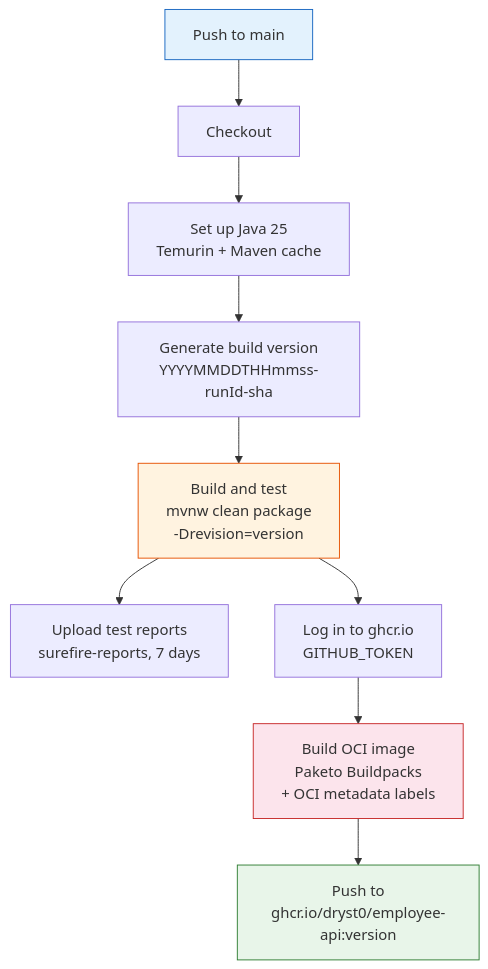
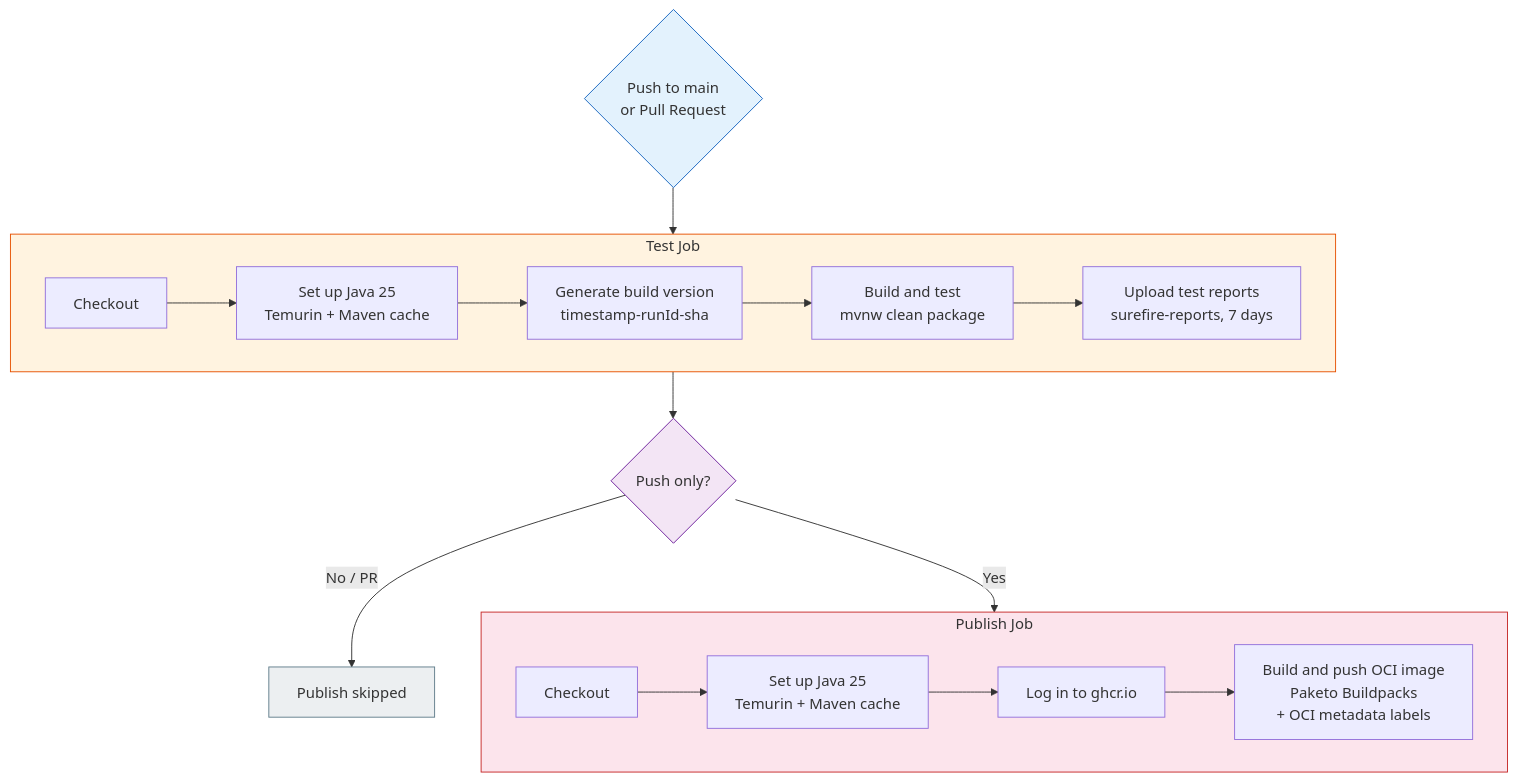
Before and after one commit to dryst0/employee-api: the diagram in docs/ci-pipeline.md, drawn with Mermaid. The commit also changed other lines of this file and 2 other files, not shown here.

Commit message:
feat(ci): add pull request trigger and update docs
PRs targeting main now run the test job with same path filters.
Publish job gated to push events only. Concurrency group uses
PR number to avoid cancelling main branch runs.
Updated README and CI pipeline diagram to reflect the changes.

````diff
--- a/docs/ci-pipeline.md
+++ b/docs/ci-pipeline.md
@@ -5,16 +5,27 @@
 ```mermaid
 flowchart TD
-    PUSH[Push to main] --> CHECKOUT[Checkout]
-    CHECKOUT --> JAVA[Set up Java 25<br/>Temurin + Maven cache]
-    JAVA --> VERSION[Generate build version<br/>YYYYMMDDTHHmmss-runId-sha]
-    VERSION --> BUILD[Build and test<br/>mvnw clean package<br/>-Drevision=version]
-    BUILD --> REPORTS[Upload test reports<br/>surefire-reports, 7 days]
-    BUILD --> LOGIN[Log in to ghcr.io<br/>GITHUB_TOKEN]
-    LOGIN --> IMAGE[Build OCI image<br/>Paketo Buildpacks<br/>+ OCI metadata labels]
-    IMAGE --> PUSH_IMG[Push to<br/>ghcr.io/dryst0/employee-api:version]
+    TRIGGER{Push to main<br/>or Pull Request} --> TEST_JOB
 
-    style PUSH fill:#e3f2fd,stroke:#1565c0
-    style BUILD fill:#fff3e0,stroke:#e65100
-    style IMAGE fill:#fce4ec,stroke:#c62828
-    style PUSH_IMG fill:#e8f5e9,stroke:#2e7d32
+    subgraph TEST_JOB [Test Job]
+        CHECKOUT_T[Checkout] --> JAVA_T[Set up Java 25<br/>Temurin + Maven cache]
+        JAVA_T --> VERSION[Generate build version<br/>timestamp-runId-sha]
+        VERSION --> BUILD[Build and test<br/>mvnw clean package]
+        BUILD --> REPORTS[Upload test reports<br/>surefire-reports, 7 days]
+    end
+
+    TEST_JOB --> GATE{Push only?}
+    GATE -- Yes --> PUBLISH_JOB
+    GATE -- No / PR --> SKIP[Publish skipped]
+
+    subgraph PUBLISH_JOB [Publish Job]
+        CHECKOUT_P[Checkout] --> JAVA_P[Set up Java 25<br/>Temurin + Maven cache]
+        JAVA_P --> LOGIN[Log in to ghcr.io]
+        LOGIN --> IMAGE[Build and push OCI image<br/>Paketo Buildpacks<br/>+ OCI metadata labels]
+    end
+
+    style TRIGGER fill:#e3f2fd,stroke:#1565c0
+    style TEST_JOB fill:#fff3e0,stroke:#e65100
+    style PUBLISH_JOB fill:#fce4ec,stroke:#c62828
+    style GATE fill:#f3e5f5,stroke:#6a1b9a
+    style SKIP fill:#eceff1,stroke:#607d8b
 ```
````
